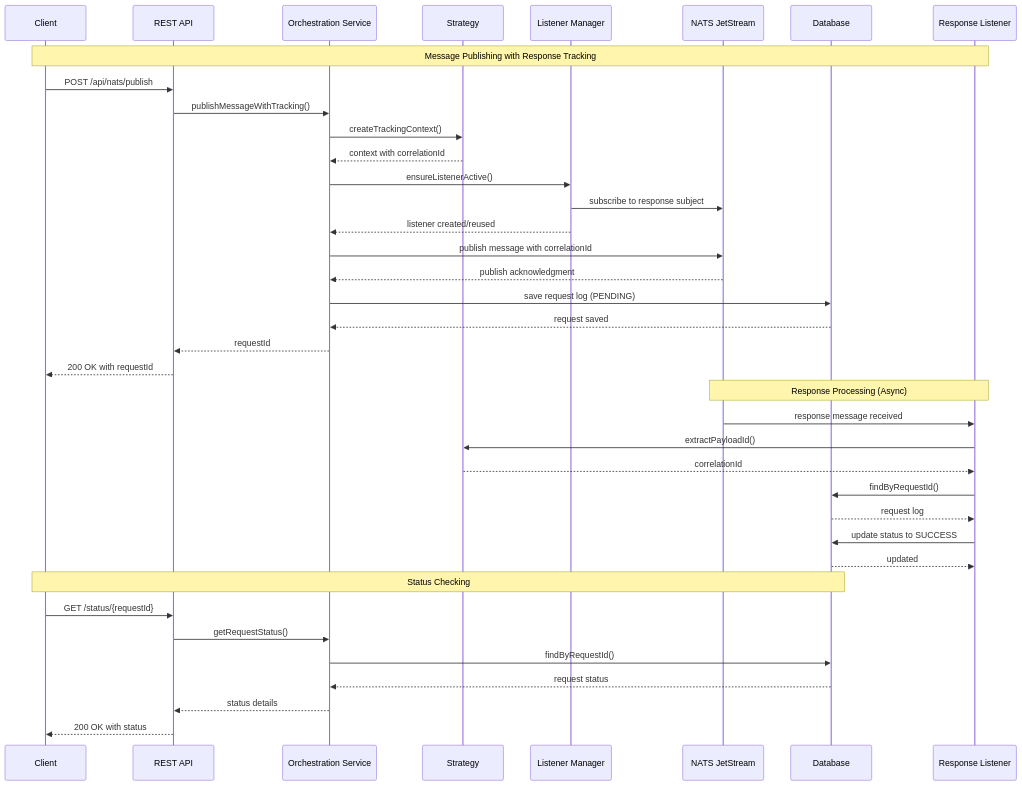
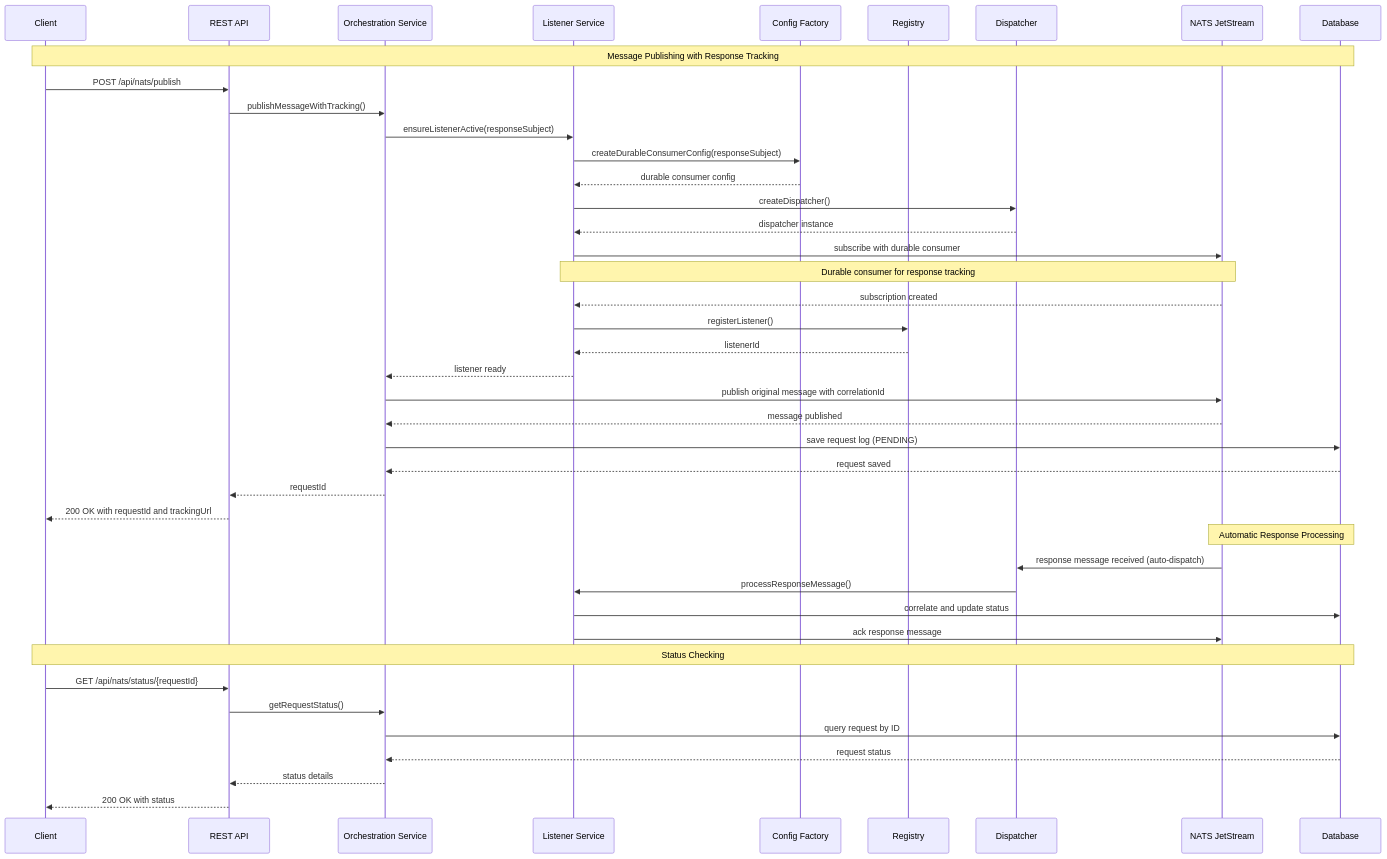
The second of 3 diagrams in docs/ARCHITECTURE_DIAGRAMS.md (fantong11/nats-client), drawn with Mermaid before and after one commit. The commit also changed other lines of this file and 3 other files, not shown here.

First line of the commit message:
docs: Update architecture documentation for durable consumer refactoring

````diff
--- a/docs/ARCHITECTURE_DIAGRAMS.md
+++ b/docs/ARCHITECTURE_DIAGRAMS.md
@@ -139,53 +86,57 @@
 ```mermaid
 sequenceDiagram
     participant C as Client
     participant API as REST API
     participant O as Orchestration Service
-    participant S as Strategy
-    participant L as Listener Manager
+    participant L as Listener Service
+    participant CF as Config Factory
+    participant R as Registry
+    participant D as Dispatcher
     participant N as NATS JetStream
-    participant D as Database
-    participant R as Response Listener
+    participant DB as Database
 
-    Note over C,R: Message Publishing with Response Tracking
+    Note over C,DB: Message Publishing with Response Tracking
 
     C->>API: POST /api/nats/publish
     API->>O: publishMessageWithTracking()
     
-    O->>S: createTrackingContext()
-    S-->>O: context with correlationId
+    O->>L: ensureListenerActive(responseSubject)
+    L->>CF: createDurableConsumerConfig(responseSubject)
+    CF-->>L: durable consumer config
     
-    O->>L: ensureListenerActive()
-    L->>N: subscribe to response subject
-    L-->>O: listener created/reused
+    L->>D: createDispatcher()
+    D-->>L: dispatcher instance
     
-    O->>N: publish message with correlationId
-    N-->>O: publish acknowledgment
+    L->>N: subscribe with durable consumer
+    Note over L,N: Durable consumer for response tracking
+    N-->>L: subscription created
     
-    O->>D: save request log (PENDING)
-    D-->>O: request saved
+    L->>R: registerListener()
+    R-->>L: listenerId
+    L-->>O: listener ready
+    
+    O->>N: publish original message with correlationId
+    N-->>O: message published
+    
+    O->>DB: save request log (PENDING)
+    DB-->>O: request saved
     
     O-->>API: requestId
-    API-->>C: 200 OK with requestId
+    API-->>C: 200 OK with requestId and trackingUrl
 
-    Note over N,R: Response Processing (Async)
+    Note over N,DB: Automatic Response Processing
+
+    N->>D: response message received (auto-dispatch)
+    D->>L: processResponseMessage()
+    L->>DB: correlate and update status
+    L->>N: ack response message
     
-    N->>R: response message received
-    R->>S: extractPayloadId()
-    S-->>R: correlationId
+    Note over C,DB: Status Checking
     
-    R->>D: findByRequestId()
-    D-->>R: request log
-    
-    R->>D: update status to SUCCESS
-    D-->>R: updated
-
-    Note over C,D: Status Checking
-    
-    C->>API: GET /status/{requestId}
+    C->>API: GET /api/nats/status/{requestId}
     API->>O: getRequestStatus()
-    O->>D: findByRequestId()
-    D-->>O: request status
+    O->>DB: query request by ID
+    DB-->>O: request status
     O-->>API: status details
     API-->>C: 200 OK with status
 ```
````
